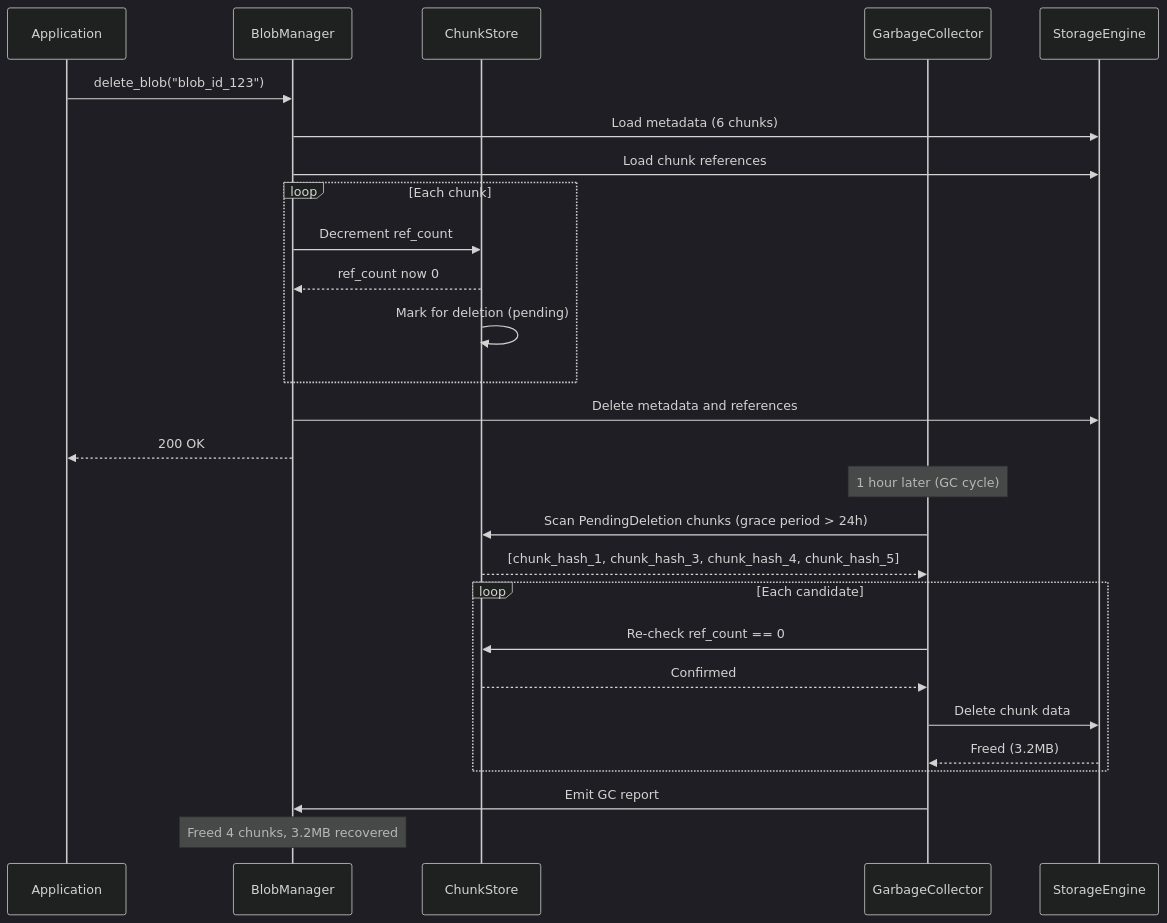
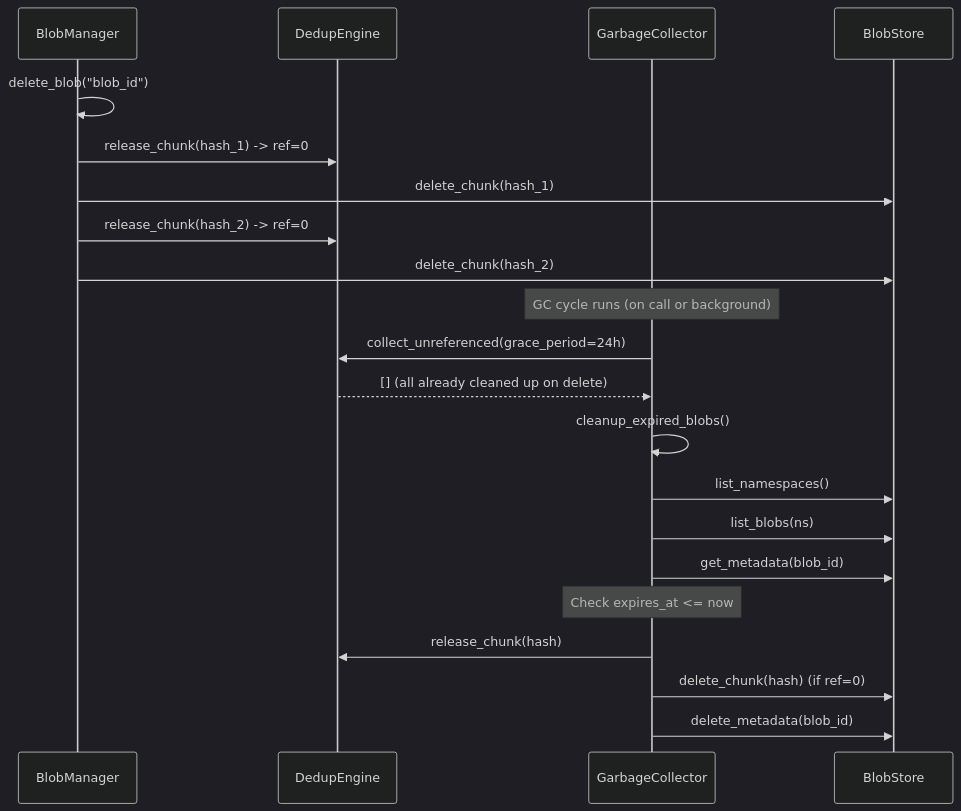
The tenth of 12 diagrams in docs/20-blob-storage.md (Icarus-afk/Nova-Runtime), drawn with Mermaid (dark theme) before and after one commit. The commit also changed other lines of this file and 7 other files, not shown here.

First line of the commit message:
Update architecture docs to match Phase 3 implementation

````diff
--- a/docs/20-blob-storage.md
+++ b/docs/20-blob-storage.md
@@ -1625,36 +1056,27 @@
 ```mermaid
 sequenceDiagram
-    participant A as Application
     participant BM as BlobManager
-    participant CH as ChunkStore
+    participant DE as DedupEngine
     participant GC as GarbageCollector
-    participant SE as StorageEngine
+    participant ST as BlobStore
 
-    A->>BM: delete_blob("blob_id_123")
-    BM->>SE: Load metadata (6 chunks)
-    BM->>SE: Load chunk references
+    BM->>BM: delete_blob("blob_id")
+    BM->>DE: release_chunk(hash_1) -> ref=0
+    BM->>ST: delete_chunk(hash_1)
+    BM->>DE: release_chunk(hash_2) -> ref=0
+    BM->>ST: delete_chunk(hash_2)
     
-    loop Each chunk
-        BM->>CH: Decrement ref_count
-        CH-->>BM: ref_count now 0
-        CH->>CH: Mark for deletion (pending)
-    end
+    Note over GC: GC cycle runs (on call or background)
     
-    BM->>SE: Delete metadata and references
-    BM-->>A: 200 OK
+    GC->>DE: collect_unreferenced(grace_period=24h)
+    DE-->>GC: [] (all already cleaned up on delete)
     
-    Note over GC: 1 hour later (GC cycle)
-    
-    GC->>CH: Scan PendingDeletion chunks (grace period > 24h)
-    CH-->>GC: [chunk_hash_1, chunk_hash_3, chunk_hash_4, chunk_hash_5]
-    
-    loop Each candidate
-        GC->>CH: Re-check ref_count == 0
-        CH-->>GC: Confirmed
-        GC->>SE: Delete chunk data
-        SE-->>GC: Freed (3.2MB)
-    end
-    
-    GC->>BM: Emit GC report
-    Note over BM: Freed 4 chunks, 3.2MB recovered
+    GC->>GC: cleanup_expired_blobs()
+    GC->>ST: list_namespaces()
+    GC->>ST: list_blobs(ns)
+    GC->>ST: get_metadata(blob_id)
+    Note over GC: Check expires_at <= now
+    GC->>DE: release_chunk(hash)
+    GC->>ST: delete_chunk(hash) (if ref=0)
+    GC->>ST: delete_metadata(blob_id)
 ```
````
